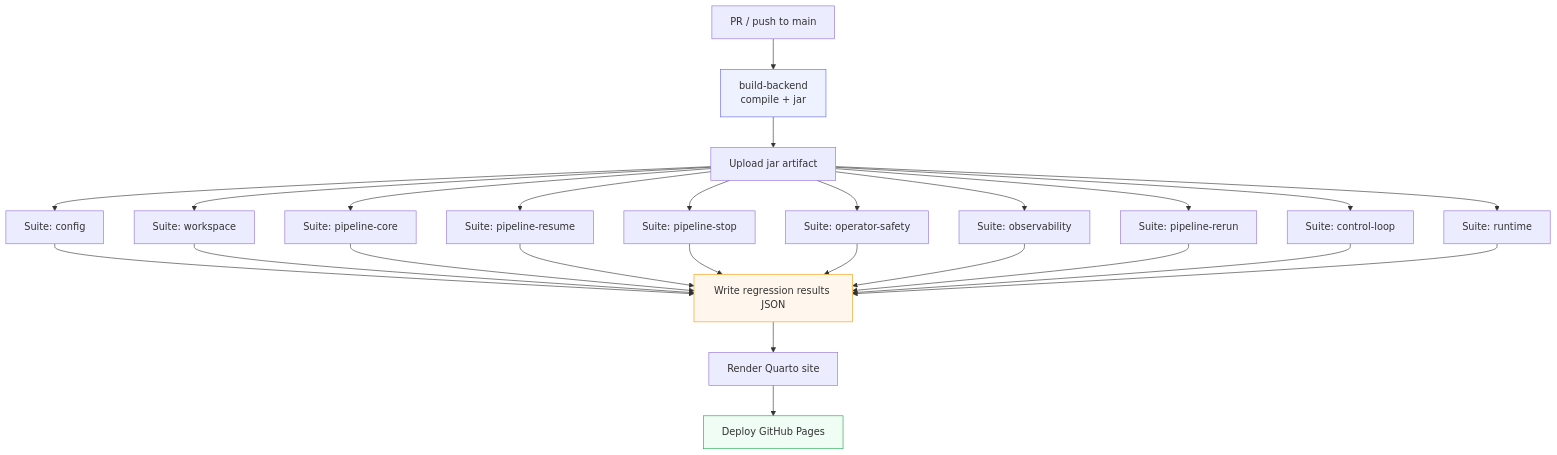
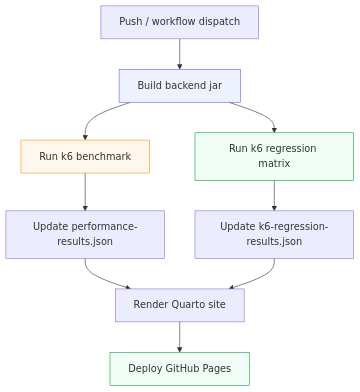
One commit to tibame201020/IrisPipe changed the diagram in quarto/performance.qmd. Above: the diagram before and after it, drawn with Mermaid. The commit also changed other lines of this file and 2 other files, not shown here.

````diff
--- a/quarto/performance.qmd
+++ b/quarto/performance.qmd
@@ -170,24 +170,18 @@
 ```{mermaid}
 flowchart TD
-  P["PR / push to main"] --> B["build-backend\ncompile + jar"]
-  B --> AR["Upload jar artifact"]
+  P["Push / workflow dispatch"] --> B["Build backend jar"]
+  B --> K["Run k6 benchmark"]
+  B --> R["Run k6 regression matrix"]
 
-  AR --> M1["Suite: config"]
-  AR --> M2["Suite: workspace"]
-  AR --> M3["Suite: pipeline-core"]
-  AR --> M4["Suite: pipeline-resume"]
-  AR --> M5["Suite: pipeline-stop"]
-  AR --> M6["Suite: operator-safety"]
-  AR --> M7["Suite: observability"]
-  AR --> M8["Suite: pipeline-rerun"]
-  AR --> M9["Suite: control-loop"]
-  AR --> M10["Suite: runtime"]
+  K --> KP["Update performance-results.json"]
+  R --> RP["Update k6-regression-results.json"]
 
-  M1 & M2 & M3 & M4 & M5 & M6 & M7 & M8 & M9 & M10 --> S["Write regression results JSON"]
-  S --> Q["Render Quarto site"]
+  KP --> Q["Render Quarto site"]
+  RP --> Q
   Q --> D["Deploy GitHub Pages"]
 
   style B fill:#eef2ff,stroke:#6366f1
-  style S fill:#fff7ed,stroke:#f59e0b
+  style K fill:#fff7ed,stroke:#f59e0b
+  style R fill:#f0fdf4,stroke:#16a34a
   style D fill:#f0fdf4,stroke:#16a34a
 ```
````
